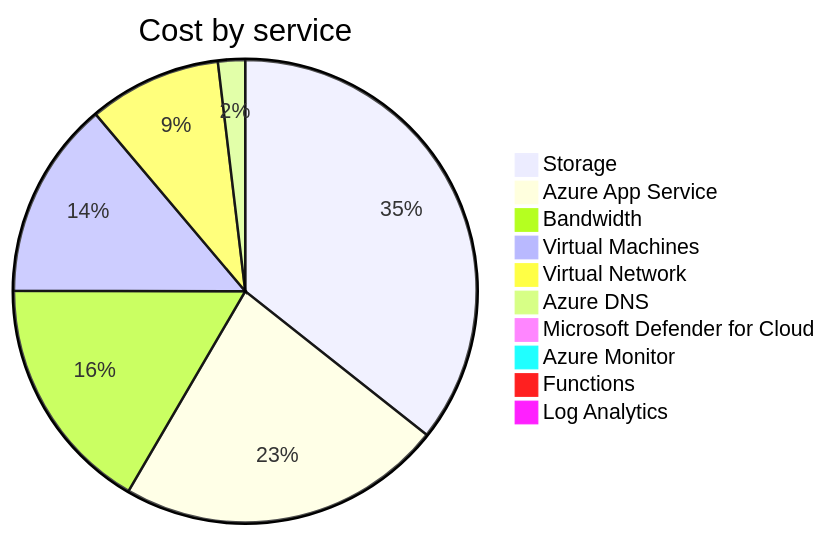
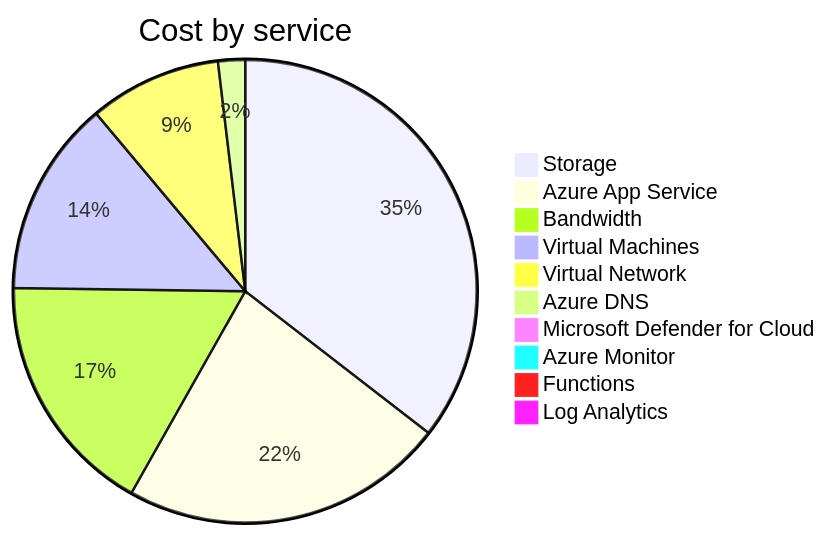
The second of 4 diagrams in cost-reports/accumulated-cost.md (jpfulton/azure-personal-reports), drawn with Mermaid before and after one commit. The commit also changed other lines of this file and 4 other files, not shown here.

````diff
--- a/cost-reports/accumulated-cost.md
+++ b/cost-reports/accumulated-cost.md
@@ -100,14 +100,14 @@
 ```mermaid
 pie
    title Cost by service
-   "Storage" : 17.50
-   "Azure App Service" : 11.17
-   "Bandwidth" : 8.16
-   "Virtual Machines" : 6.77
-   "Virtual Network" : 4.55
-   "Azure DNS" : 0.93
-   "Microsoft Defender for Cloud" : 0.46
+   "Storage" : 18.42
+   "Azure App Service" : 11.79
+   "Bandwidth" : 8.85
+   "Virtual Machines" : 7.10
+   "Virtual Network" : 4.79
+   "Azure DNS" : 0.98
+   "Microsoft Defender for Cloud" : 0.48
    "Azure Monitor" : 0.00
    "Functions" : 0.00
    "Log Analytics" : 0.00
 ```
````
